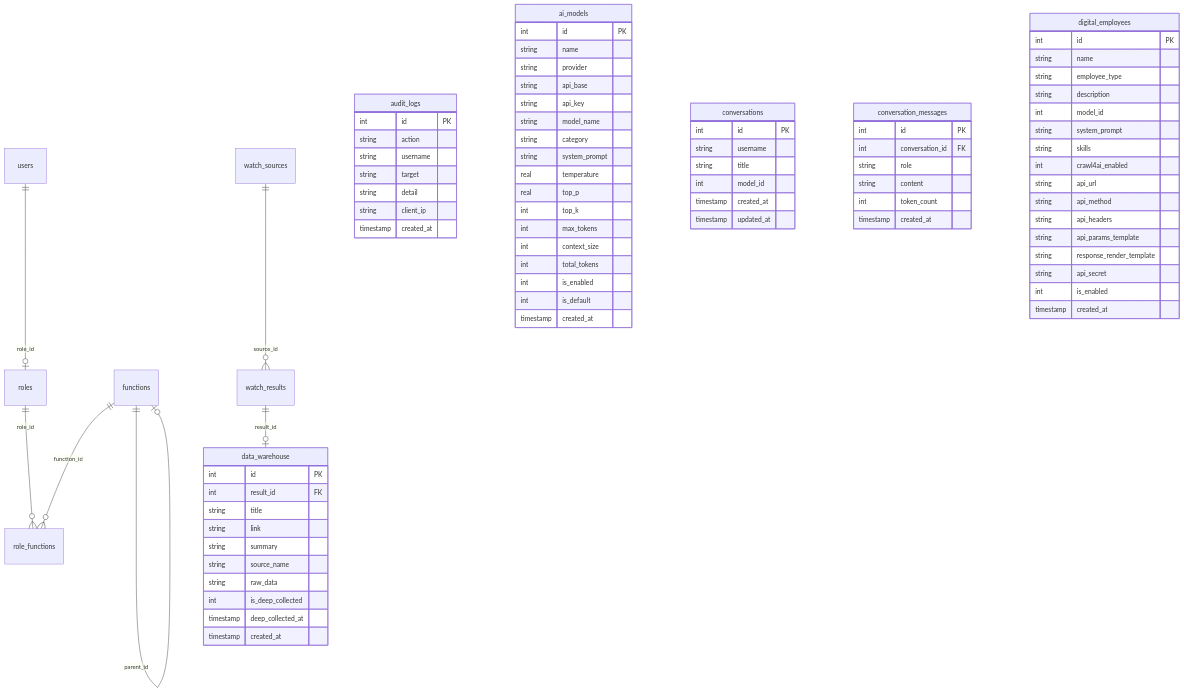
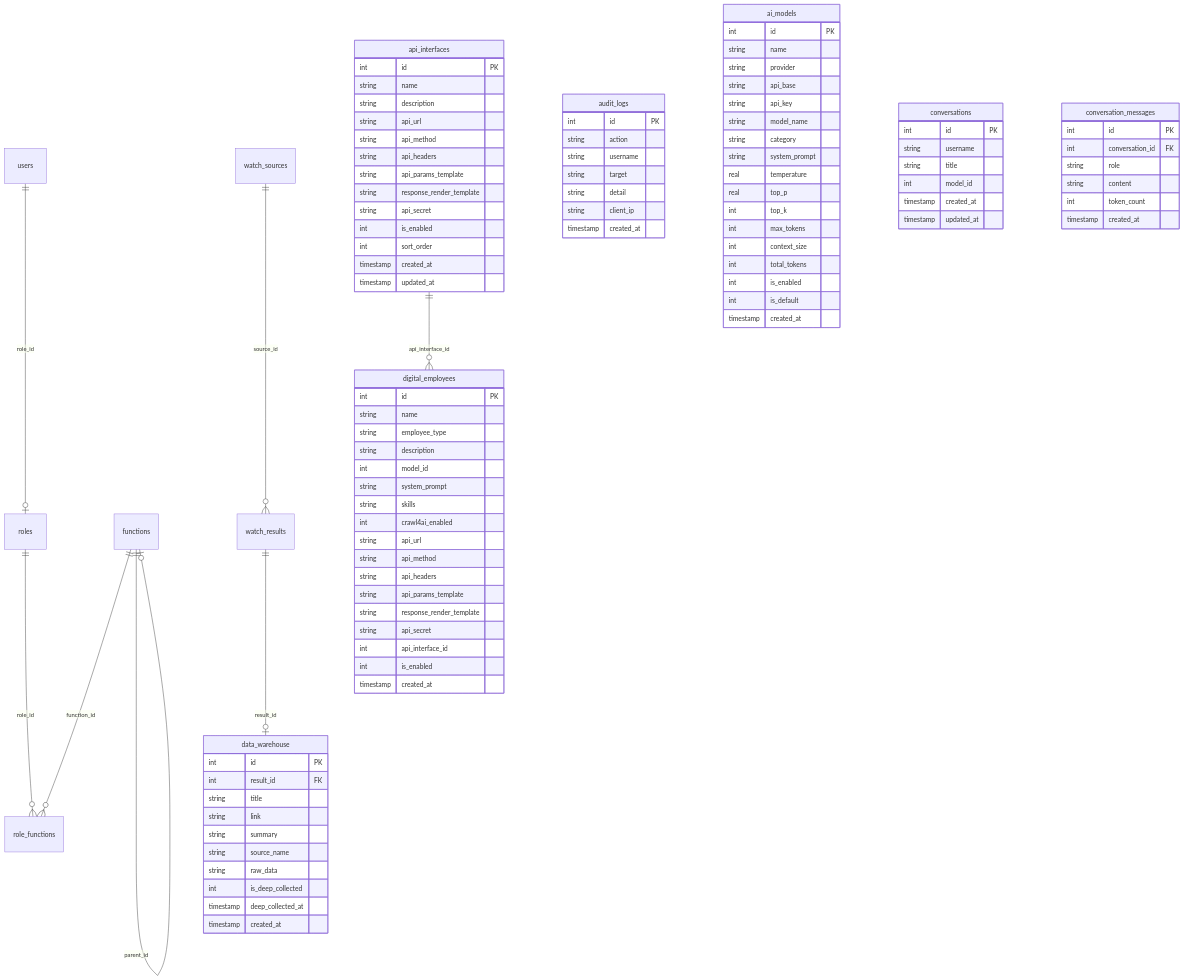
One commit to GoldenFish123321/finderos changed the diagram in README.md. Above: the diagram before and after it, drawn with Mermaid. The commit also changed other lines of this file and 21 other files, not shown here.

Commit message:
feat: add admin API interface management

```diff
--- a/README.md
+++ b/README.md
@@ -1036,6 +1064,7 @@
     functions ||--o| functions : "parent_id"
     watch_sources ||--o{ watch_results : "source_id"
     watch_results ||--o| data_warehouse : "result_id"
+    api_interfaces ||--o{ digital_employees : "api_interface_id"
     audit_logs {
         int id PK
         string action
@@ -1076,6 +1105,21 @@
         timestamp deep_collected_at
         timestamp created_at
     }
+    api_interfaces {
+        int id PK
+        string name
+        string description
+        string api_url
+        string api_method
+        string api_headers
+        string api_params_template
+        string response_render_template
+        string api_secret
+        int is_enabled
+        int sort_order
+        timestamp created_at
+        timestamp updated_at
+    }
     conversations {
         int id PK
         string username
@@ -1107,6 +1151,7 @@
         string api_params_template
         string response_render_template
         string api_secret
+        int api_interface_id
         int is_enabled
         timestamp created_at
     }
```
